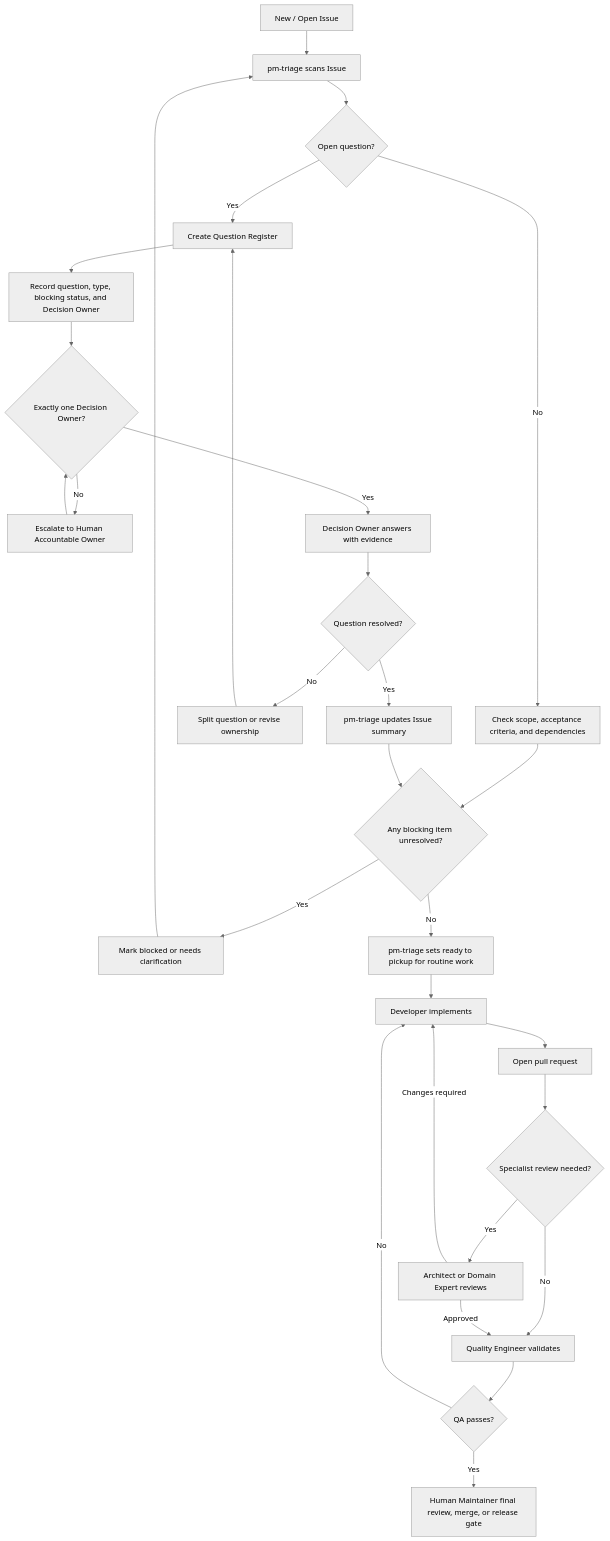
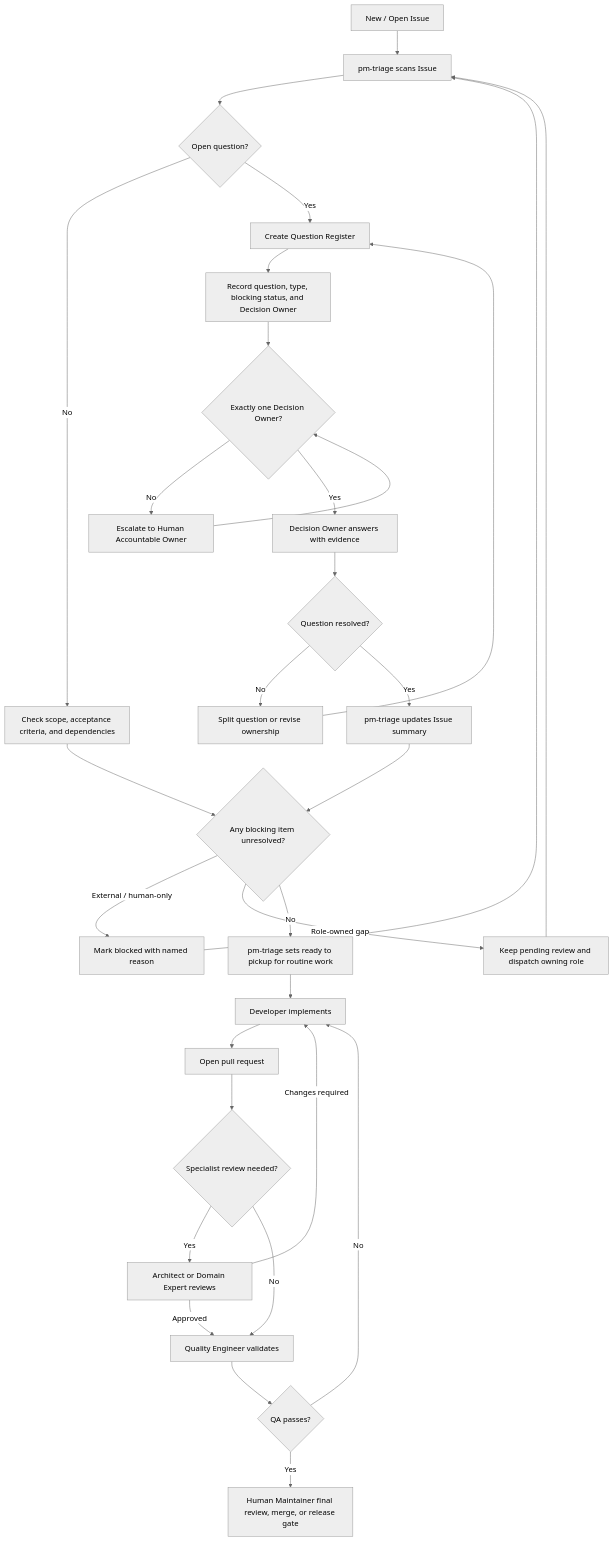
The diagram in docs/agent-governance.md (joycytao/what-happened-on-this-day-math), drawn with Mermaid (neutral theme) before and after one commit. The commit also changed other lines of this file and 5 other files, not shown here.

Commit message:
Keep role-owned gaps out of blocked state (#236)

````diff
--- a/docs/agent-governance.md
+++ b/docs/agent-governance.md
@@ -77,37 +84,39 @@
 ```mermaid
 flowchart TD
     A[New / Open Issue] --> B[pm-triage scans Issue]
     B --> C{Open question?}
 
     C -- No --> D[Check scope, acceptance criteria, and dependencies]
     C -- Yes --> E[Create Question Register]
     E --> E1[Record question, type, blocking status, and Decision Owner]
     E1 --> F{Exactly one Decision Owner?}
 
     F -- No --> G[Escalate to Human Accountable Owner]
     G --> F
     F -- Yes --> H[Decision Owner answers with evidence]
     H --> I{Question resolved?}
 
     I -- No --> J[Split question or revise ownership]
     J --> E
     I -- Yes --> K[pm-triage updates Issue summary]
     D --> L{Any blocking item unresolved?}
     K --> L
 
-    L -- Yes --> M[Mark blocked or needs clarification]
+    L -- External / human-only --> M[Mark blocked with named reason]
     M --> B
+    L -- Role-owned gap --> M2[Keep pending review and dispatch owning role]
+    M2 --> B
     L -- No --> N[pm-triage sets ready to pickup for routine work]
     N --> R[Developer implements]
     R --> S[Open pull request]
 
     S --> T{Specialist review needed?}
     T -- Yes --> U[Architect or Domain Expert reviews]
     T -- No --> V[Quality Engineer validates]
     U -- Changes required --> R
     U -- Approved --> V
 
     V --> W{QA passes?}
     W -- No --> R
     W -- Yes --> X[Human Maintainer final review, merge, or release gate]
 ```
````
